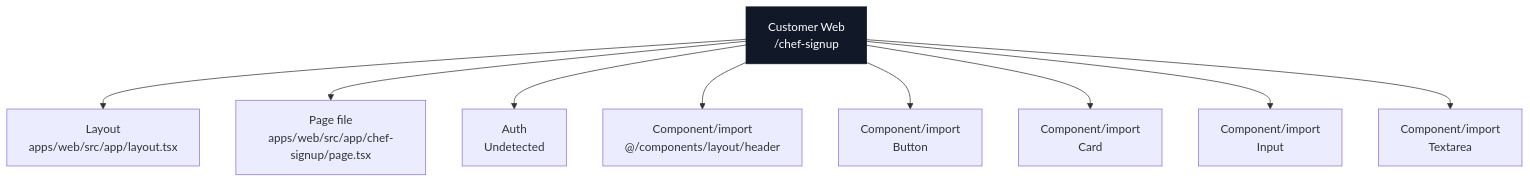
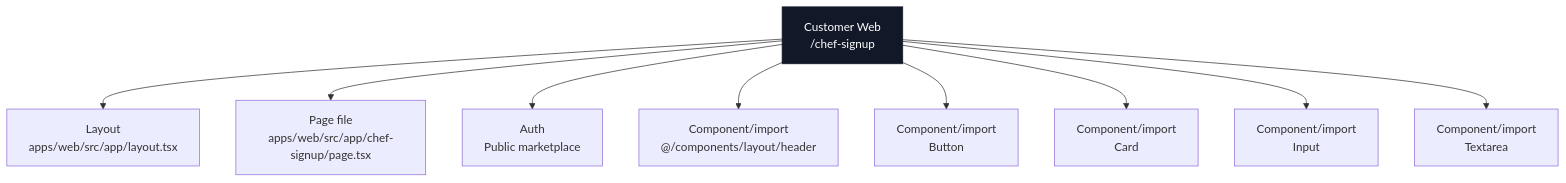
Before and after one commit to Ritenoob/ridendine-marketplace: diagram 13 of 23 in docs/architecture/codebase-map/pages/web-pages.md, drawn with Mermaid. The commit also changed other lines of this file and 34 other files, not shown here.

````diff
--- a/docs/architecture/codebase-map/pages/web-pages.md
+++ b/docs/architecture/codebase-map/pages/web-pages.md
@@ -983,25 +999,25 @@
 ```mermaid
 flowchart TB
   Page["Customer Web<br/>/chef-signup"]
   Layout["Layout<br/>apps/web/src/app/layout.tsx"]
   File["Page file<br/>apps/web/src/app/chef-signup/page.tsx"]
-  Auth["Auth<br/>Undetected"]
+  Auth["Auth<br/>Public marketplace"]
   Page --> Layout
   Page --> File
   Page --> Auth
   Component0["Component/import<br/>@/components/layout/header"]
   Page --> Component0
   Component1["Component/import<br/>Button"]
   Page --> Component1
   Component2["Component/import<br/>Card"]
   Page --> Component2
   Component3["Component/import<br/>Input"]
   Page --> Component3
   Component4["Component/import<br/>Textarea"]
   Page --> Component4
   classDef page fill:#111827,stroke:#111827,color:#ffffff
   classDef data fill:#dcfce7,stroke:#16a34a,color:#172033
   classDef api fill:#dbeafe,stroke:#2563eb,color:#172033
   classDef warn fill:#fef3c7,stroke:#f59e0b,color:#172033
   class Page page
 ```
````
